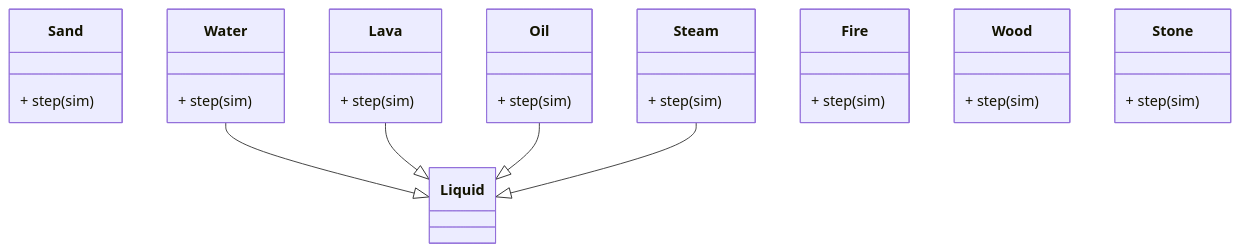
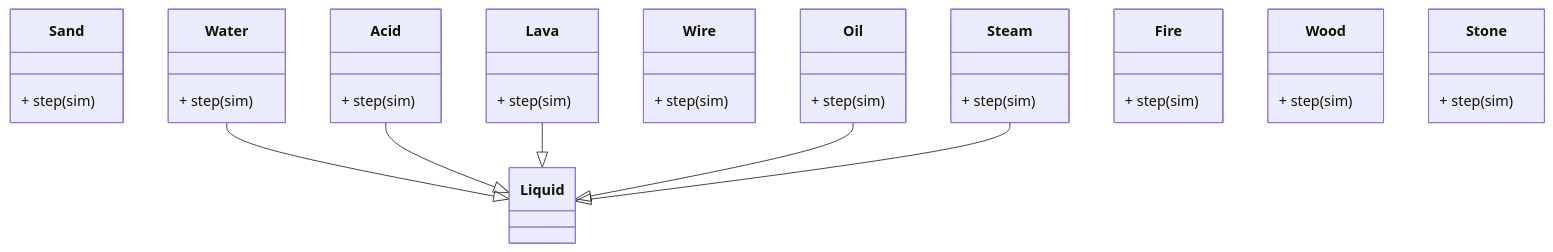
One commit to hfhenri/ot-harjoitustyo changed the second of 3 diagrams in dokumentaatio/arkkitehtuuri.md. Above: the diagram before and after it, drawn with Mermaid. The commit also changed other lines of this file and 29 other files, not shown here.

````diff
--- a/dokumentaatio/arkkitehtuuri.md
+++ b/dokumentaatio/arkkitehtuuri.md
@@ -73,32 +75,39 @@
 ```mermaid
 classDiagram
     class Sand {
       + step(sim)
     }
     class Water {
       + step(sim)
     }
     class Lava {
+      + step(sim)
+    }
+    class Acid {
+      + step(sim)
+    }
+    class Wire {
       + step(sim)
     }
     class Oil {
       + step(sim)
     }
     class Steam {
       + step(sim)
     }
     class Fire {
       + step(sim)
     }
     class Wood {
       + step(sim)
     }
     class Stone {
       + step(sim)
     }
     class Liquid
     Water --|> Liquid
+    Acid --|> Liquid
     Lava --|> Liquid
     Oil --|> Liquid
     Steam --|> Liquid
 ```
````
